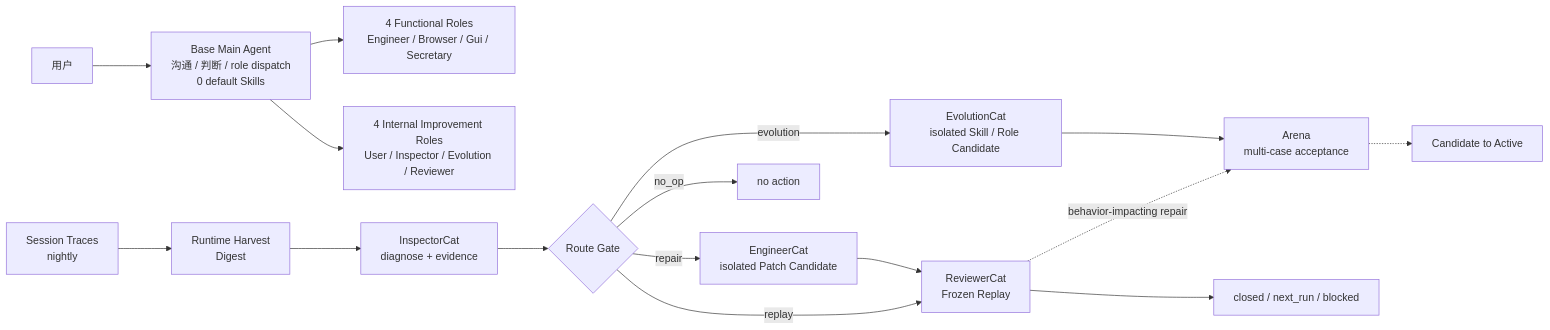
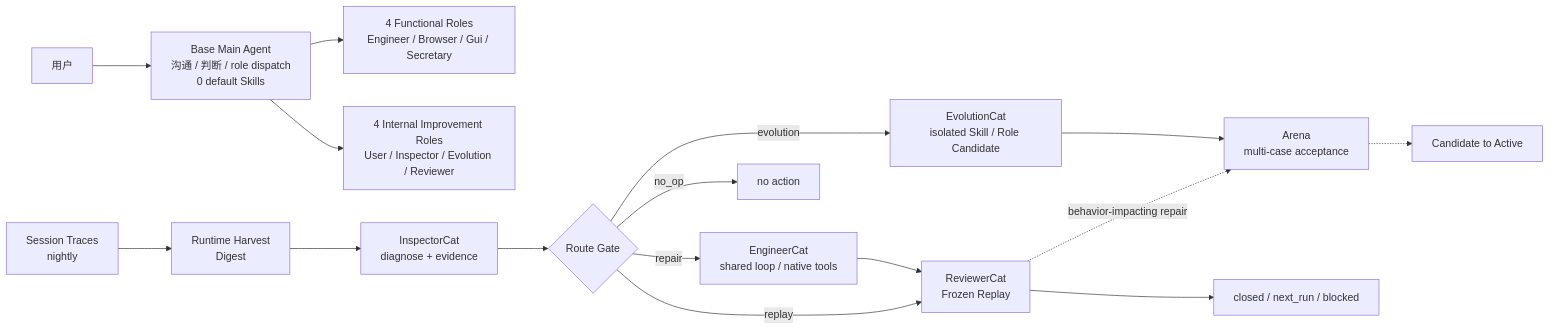
Before and after one commit to fightheyyy/XiaoBa-CLI: the second of 2 diagrams in docs/roles-skills/SPEC.md, drawn with Mermaid. The commit also changed other lines of this file and 40 other files, not shown here.

Commit message:
make EngineerCat a native coding role

````diff
--- a/docs/roles-skills/SPEC.md
+++ b/docs/roles-skills/SPEC.md
@@ -59,19 +59,19 @@
 ```mermaid
 flowchart LR
     User["用户"] --> Base["Base Main Agent<br/>沟通 / 判断 / role dispatch<br/>0 default Skills"]
     Base --> Functional["4 Functional Roles<br/>Engineer / Browser / Gui / Secretary"]
     Base --> Internal["4 Internal Improvement Roles<br/>User / Inspector / Evolution / Reviewer"]
 
     Traces["Session Traces<br/>nightly"] --> Harvest["Runtime Harvest<br/>Digest"]
     Harvest --> Inspector["InspectorCat<br/>diagnose + evidence"]
     Inspector --> Gate{"Route Gate"}
     Gate -->|evolution| Evolution["EvolutionCat<br/>isolated Skill / Role Candidate"]
     Evolution --> Arena["Arena<br/>multi-case acceptance"]
     Arena -.-> Active["Candidate to Active"]
-    Gate -->|repair| Engineer["EngineerCat<br/>isolated Patch Candidate"]
+    Gate -->|repair| Engineer["EngineerCat<br/>shared loop / native tools"]
     Engineer --> Reviewer["ReviewerCat<br/>Frozen Replay"]
     Reviewer -. "behavior-impacting repair" .-> Arena
     Reviewer --> ReviewEnd["closed / next_run / blocked"]
     Gate -->|replay| Reviewer
     Gate -->|no_op| NoOp["no action"]
 ```
````
